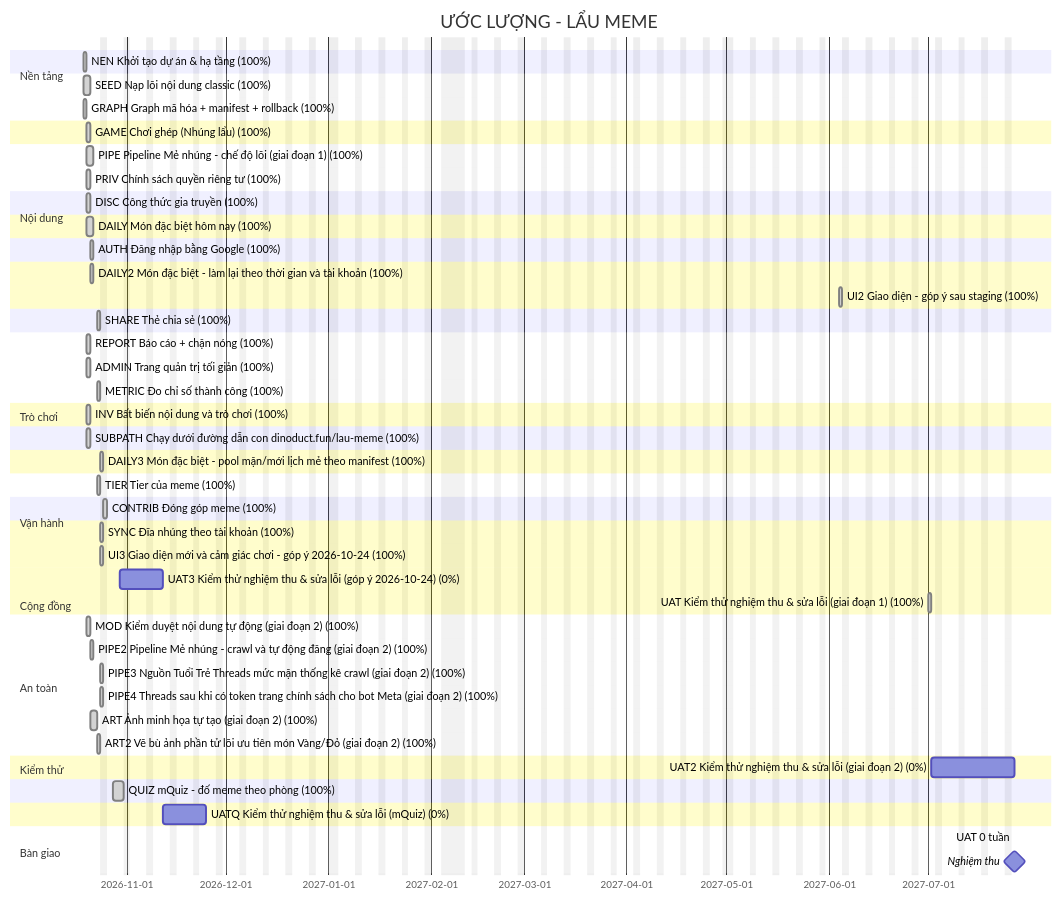
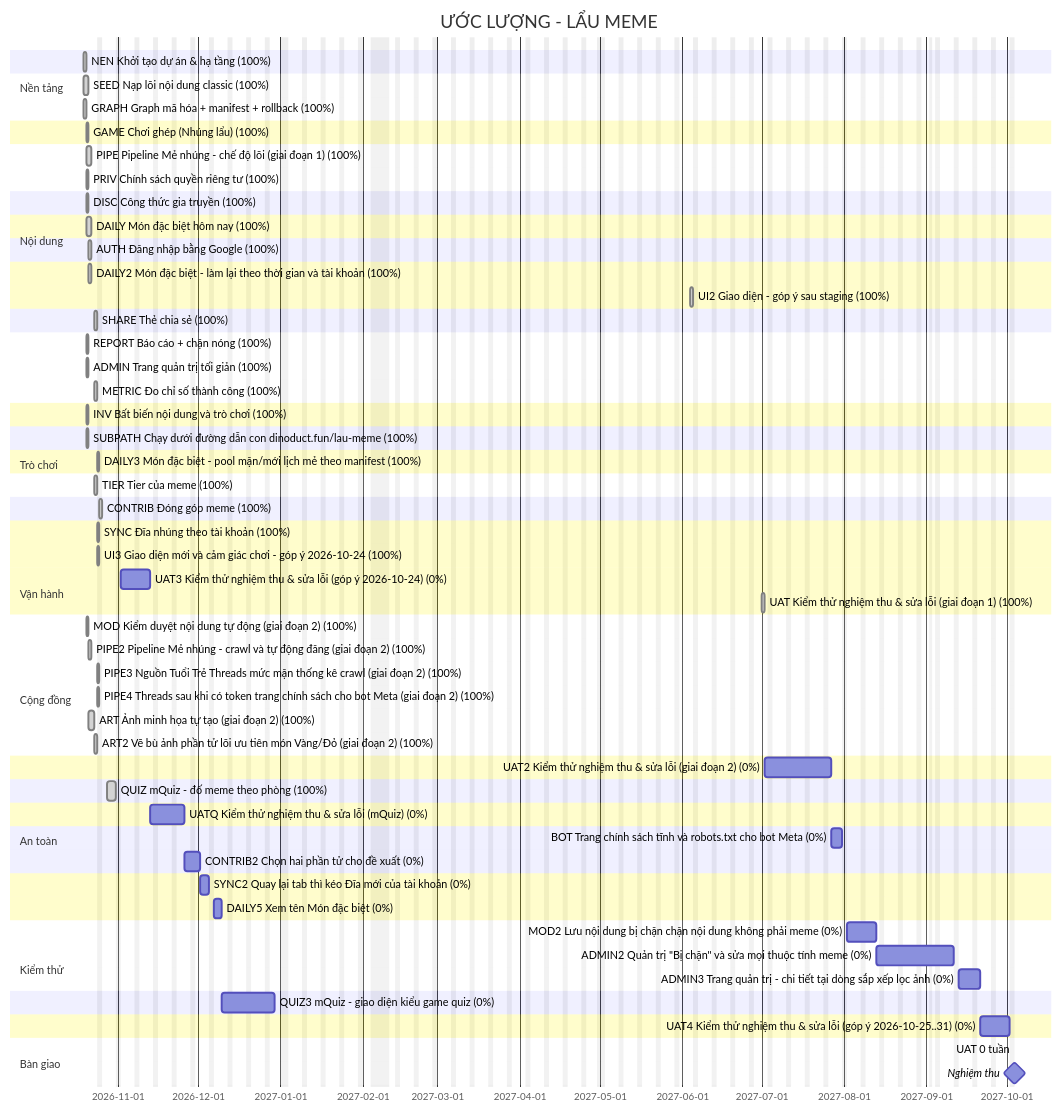
The diagram in docs/plan/gantt.md (thucnq/lau-meme), drawn with Mermaid before and after one commit. The commit also changed other lines of this file and 4 other files, not shown here.

First line of the commit message:
estimate: thêm 14 hạng mục cho 47 AC chưa tính điểm (BOT, CONTRIB2, SYNC2, DAILY5, MOD2, ADMIN2, ADMIN3, QUIZ3, UAT4; tùy chọn FEEDBACK2, BAN, ART4, ART5, QUIZ4); ac của hạng mục cũ ghi AC cụ thể; lập lại kế hoạch

````diff
--- a/docs/plan/gantt.md
+++ b/docs/plan/gantt.md
@@ -5,66 +5,81 @@
 ```mermaid
 gantt
     title ƯỚC LƯỢNG - LẨU MEME
     dateFormat YYYY-MM-DD
     excludes weekends, 2027-01-01, 2027-02-04, 2027-02-05, 2027-02-06, 2027-02-07, 2027-02-08, 2027-02-09, 2027-02-10, 2027-04-30, 2027-05-01, 2027-09-02
     todayMarker stroke-width:2px,stroke:#d33
     section Nền tảng
     NEN Khởi tạo dự án & hạ tầng (100%) :done, NEN, 2026-10-19, 1d
     section Nội dung
     SEED Nạp lõi nội dung classic (100%) :done, SEED, 2026-10-19, 2d
     GRAPH Graph mã hóa + manifest + rollback (100%) :done, GRAPH, 2026-10-19, 1d
     section Trò chơi
     GAME Chơi ghép (Nhúng lẩu) (100%) :done, GAME, 2026-10-20, 1d
     section Nội dung
     PIPE Pipeline Mẻ nhúng - chế độ lõi (giai đoạn 1) (100%) :done, PIPE, 2026-10-20, 2d
     section Vận hành
     PRIV Chính sách quyền riêng tư (100%) :done, PRIV, 2026-10-20, 1d
     section Cộng đồng
     DISC Công thức gia truyền (100%) :done, DISC, 2026-10-20, 1d
     section Trò chơi
     DAILY Món đặc biệt hôm nay (100%) :done, DAILY, 2026-10-20, 2d
     section Cộng đồng
     AUTH Đăng nhập bằng Google (100%) :done, AUTH, 2026-10-21, 1d
     section Trò chơi
     DAILY2 Món đặc biệt - làm lại theo thời gian và tài khoản (100%) :done, DAILY2, 2026-10-21, 1d
     UI2 Giao diện - góp ý sau staging (100%) :done, UI2, 2027-06-04, 1d
     section Cộng đồng
     SHARE Thẻ chia sẻ (100%) :done, SHARE, 2026-10-23, 1d
     section An toàn
     REPORT Báo cáo + chặn nóng (100%) :done, REPORT, 2026-10-20, 1d
     ADMIN Trang quản trị tối giản (100%) :done, ADMIN, 2026-10-20, 1d
     section Vận hành
     METRIC Đo chỉ số thành công (100%) :done, METRIC, 2026-10-23, 1d
     section Kiểm thử
     INV Bất biến nội dung và trò chơi (100%) :done, INV, 2026-10-20, 1d
     section Nền tảng
     SUBPATH Chạy dưới đường dẫn con dinoduct.fun/lau-meme (100%) :done, SUBPATH, 2026-10-20, 1d
     section Trò chơi
     DAILY3 Món đặc biệt - pool mặn/mới  lịch mẻ theo manifest (100%) :done, DAILY3, 2026-10-24, 1d
     section Nội dung
     TIER Tier của meme (100%) :done, TIER, 2026-10-23, 1d
     section Cộng đồng
     CONTRIB Đóng góp meme (100%) :done, CONTRIB, 2026-10-25, 1d
     section Trò chơi
     SYNC Đĩa nhúng theo tài khoản (100%) :done, SYNC, 2026-10-24, 1d
     UI3 Giao diện mới và cảm giác chơi - góp ý 2026-10-24 (100%) :done, UI3, 2026-10-24, 1d
     section Kiểm thử
-    UAT3 Kiểm thử nghiệm thu & sửa lỗi (góp ý 2026-10-24) (0%) :UAT3, 2026-10-30, 9d
+    UAT3 Kiểm thử nghiệm thu & sửa lỗi (góp ý 2026-10-24) (0%) :UAT3, 2026-11-02, 9d
     UAT Kiểm thử nghiệm thu & sửa lỗi (giai đoạn 1) (100%) :done, UAT, 2027-07-01, 1d
     section Nội dung
     MOD Kiểm duyệt nội dung tự động (giai đoạn 2) (100%) :done, MOD, 2026-10-20, 1d
     PIPE2 Pipeline Mẻ nhúng - crawl và tự động đăng (giai đoạn 2) (100%) :done, PIPE2, 2026-10-21, 1d
     PIPE3 Nguồn Tuổi Trẻ  Threads  mức mặn  thống kê crawl (giai đoạn 2) (100%) :done, PIPE3, 2026-10-24, 1d
     PIPE4 Threads sau khi có token  trang chính sách cho bot Meta (giai đoạn 2) (100%) :done, PIPE4, 2026-10-24, 1d
     ART Ảnh minh họa tự tạo (giai đoạn 2) (100%) :done, ART, 2026-10-21, 2d
     ART2 Vẽ bù ảnh phần tử lõi  ưu tiên món Vàng/Đỏ (giai đoạn 2) (100%) :done, ART2, 2026-10-23, 1d
     section Kiểm thử
     UAT2 Kiểm thử nghiệm thu & sửa lỗi (giai đoạn 2) (0%) :UAT2, 2027-07-02, 17d
     section Cộng đồng
     QUIZ mQuiz - đố meme theo phòng (100%) :done, QUIZ, 2026-10-28, 3d
     section Kiểm thử
-    UATQ Kiểm thử nghiệm thu & sửa lỗi (mQuiz) (0%) :UATQ, 2026-11-12, 9d
+    UATQ Kiểm thử nghiệm thu & sửa lỗi (mQuiz) (0%) :UATQ, 2026-11-13, 9d
+    section Nền tảng
+    BOT Trang chính sách tĩnh và robots.txt cho bot Meta (0%) :BOT, 2027-07-27, 4d
+    section Cộng đồng
+    CONTRIB2 Chọn hai phần tử cho đề xuất (0%) :CONTRIB2, 2026-11-26, 4d
+    section Trò chơi
+    SYNC2 Quay lại tab thì kéo Đĩa mới của tài khoản (0%) :SYNC2, 2026-12-02, 3d
+    DAILY5 Xem tên Món đặc biệt (0%) :DAILY5, 2026-12-07, 3d
+    section An toàn
+    MOD2 Lưu nội dung bị chặn  chặn nội dung không phải meme (0%) :MOD2, 2027-08-02, 9d
+    ADMIN2 Quản trị "Bị chặn" và sửa mọi thuộc tính meme (0%) :ADMIN2, 2027-08-13, 20d
+    ADMIN3 Trang quản trị - chi tiết tại dòng  sắp xếp  lọc ảnh (0%) :ADMIN3, 2027-09-13, 6d
+    section Cộng đồng
+    QUIZ3 mQuiz - giao diện kiểu game quiz (0%) :QUIZ3, 2026-12-10, 14d
+    section Kiểm thử
+    UAT4 Kiểm thử nghiệm thu & sửa lỗi (góp ý 2026-10-25..31) (0%) :UAT4, 2027-09-21, 9d
     section Bàn giao
-    UAT 0 tuần :uat, 2027-07-27, 0d
-    Nghiệm thu :milestone, 2027-07-27, 0d
+    UAT 0 tuần :uat, 2027-10-04, 0d
+    Nghiệm thu :milestone, 2027-10-04, 0d
 ```
````
